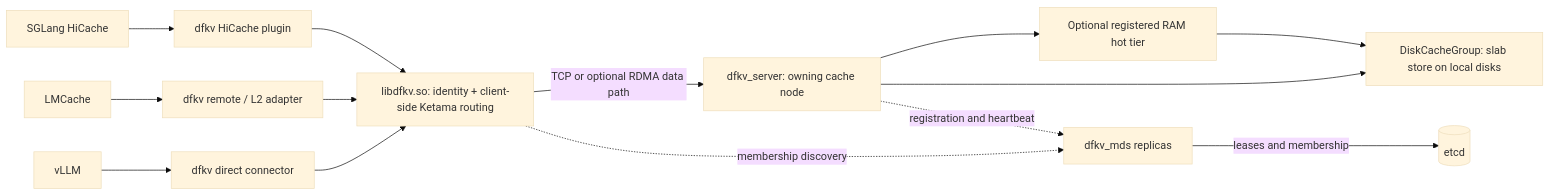
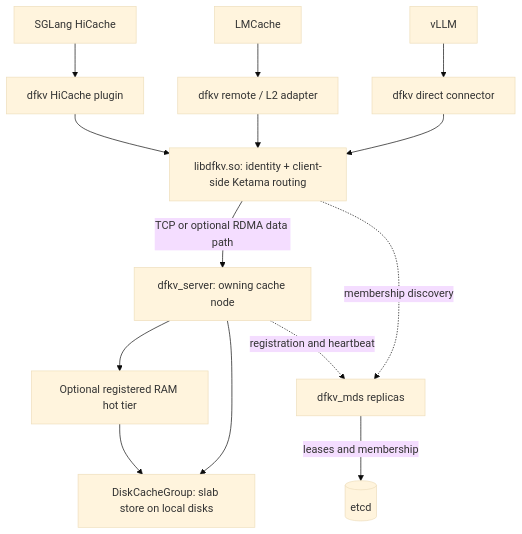
One commit to dingodb/DingoCache changed the diagram in README.md. Above: the diagram before and after it, drawn with Mermaid (base theme).

Commit message:
docs: fit architecture diagram to GitHub README viewport

````diff
--- a/README.md
+++ b/README.md
@@ -22,16 +22,16 @@
 ```mermaid
-flowchart LR
+flowchart TB
     S["SGLang HiCache"] --> A["dfkv HiCache plugin"]
     L["LMCache"] --> B["dfkv remote / L2 adapter"]
     V["vLLM"] --> C["dfkv direct connector"]
     A --> D["libdfkv.so: identity + client-side Ketama routing"]
     B --> D
     C --> D
     D -->|"TCP or optional RDMA data path"| E["dfkv_server: owning cache node"]
     E --> R["Optional registered RAM hot tier"]
     R --> F["DiskCacheGroup: slab store on local disks"]
     E --> F
     D -. "membership discovery" .-> M["dfkv_mds replicas"]
     E -. "registration and heartbeat" .-> M
     M -->|"leases and membership"| T[(etcd)]
 ```
````
